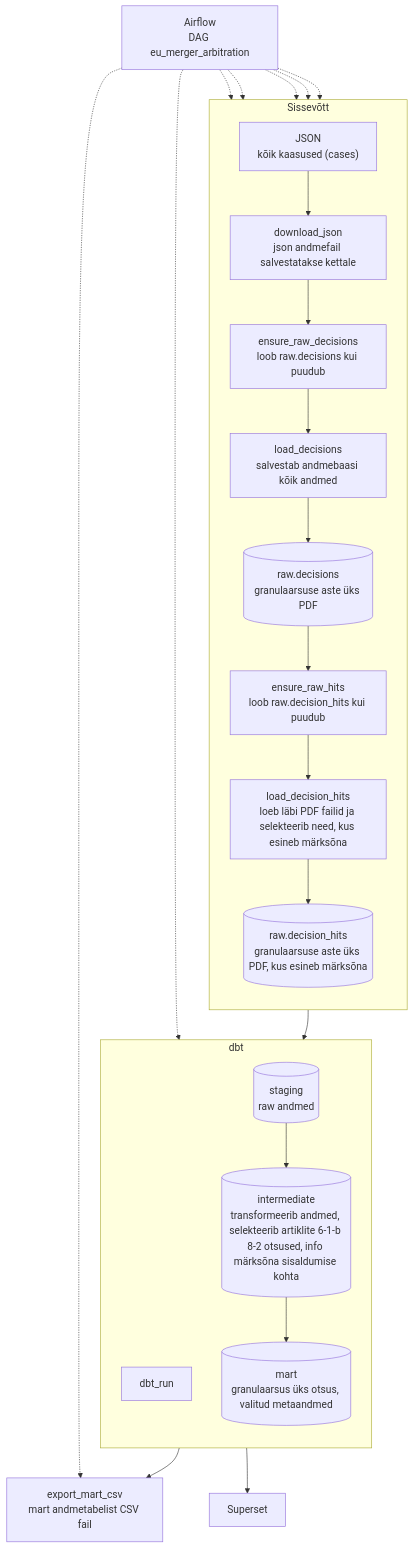
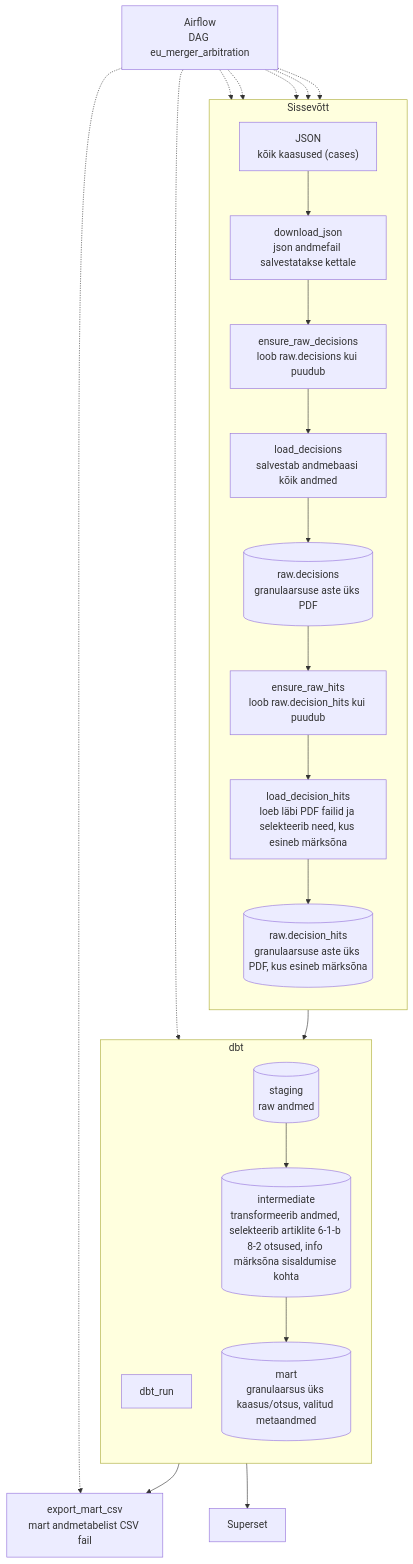
One commit to eu-merger-cases-analytics/eu-merger-arbitration-pipeline changed the diagram in docs/architecture.md. Above: the diagram before and after it, drawn with Mermaid. The commit also changed 10 other files, not shown here.

````diff
--- a/docs/architecture.md
+++ b/docs/architecture.md
@@ -31,40 +31,40 @@
 ```mermaid
 %%{init: {"themeVariables": {"fontSize": "17px"}}}%%
 flowchart TB
     subgraph ing [Sissevõtt]
         direction TB
         ec["JSON<br/>kõik kaasused (cases)"]
         dl["download_json<br/>json andmefail salvestatakse kettale"]
         erD["ensure_raw_decisions<br/>loob raw.decisions kui puudub"]
         ld["load_decisions<br/>salvestab andmebaasi kõik andmed"]
         rawD[("raw.decisions<br/>granulaarsuse aste üks PDF")]
         erH["ensure_raw_hits<br/>loob raw.decision_hits kui puudub"]
         lh["load_decision_hits<br/>loeb läbi PDF failid ja selekteerib need, kus esineb märksõna"]
         rawH[("raw.decision_hits<br/>granulaarsuse aste üks PDF, kus esineb märksõna")]
         ec --> dl --> erD --> ld --> rawD --> erH --> lh --> rawH
     end
 
     subgraph dbtL [dbt]
         direction TB
         dbtRun[dbt_run]
         stg[("staging<br/>raw andmed")]
         inte[("intermediate<br/>transformeerib andmed, selekteerib artiklite 6-1-b 8-2 otsused, info märksõna sisaldumise kohta")]
-        mart[("mart<br/>granulaarsus üks otsus, valitud metaandmed")]
+        mart[("mart<br/>granulaarsus üks kaasus/otsus, valitud metaandmed")]
         stg --> inte --> mart
     end
 
     ss[Superset]
     exp["export_mart_csv<br/>mart andmetabelist CSV fail"]
     af["Airflow<br/>DAG eu_merger_arbitration"]
 
     rawH --> stg
     mart --> ss
     mart --> exp
     af -.-> dl
     af -.-> erD
     af -.-> ld
     af -.-> erH
     af -.-> lh
     af -.-> dbtRun
     af -.-> exp
 ```
````
